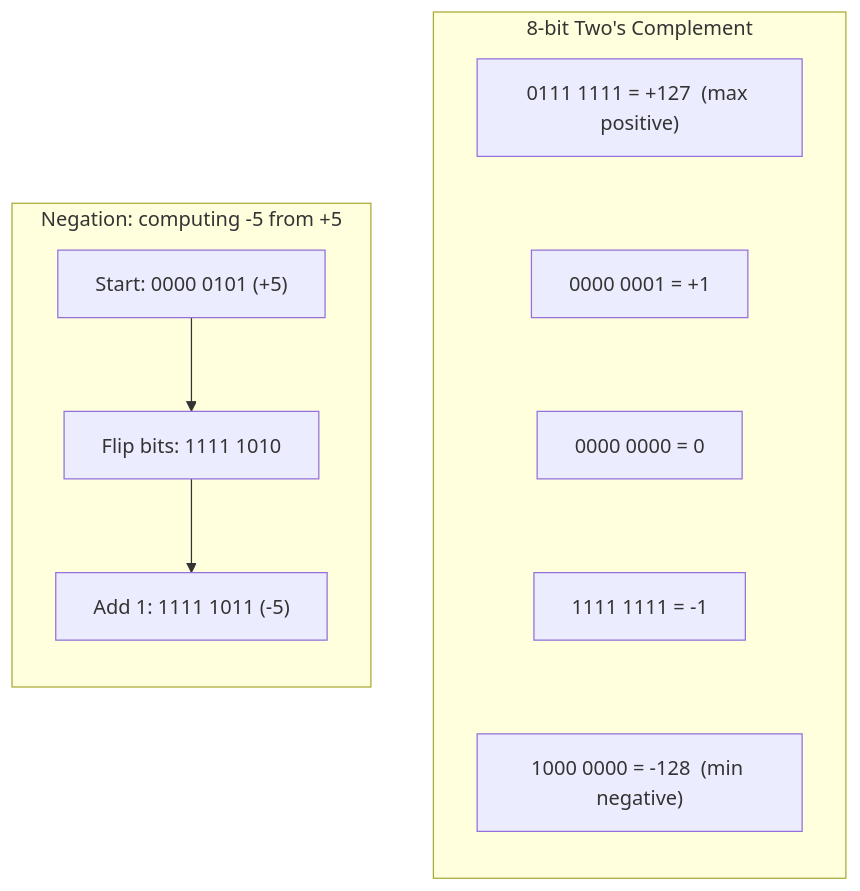
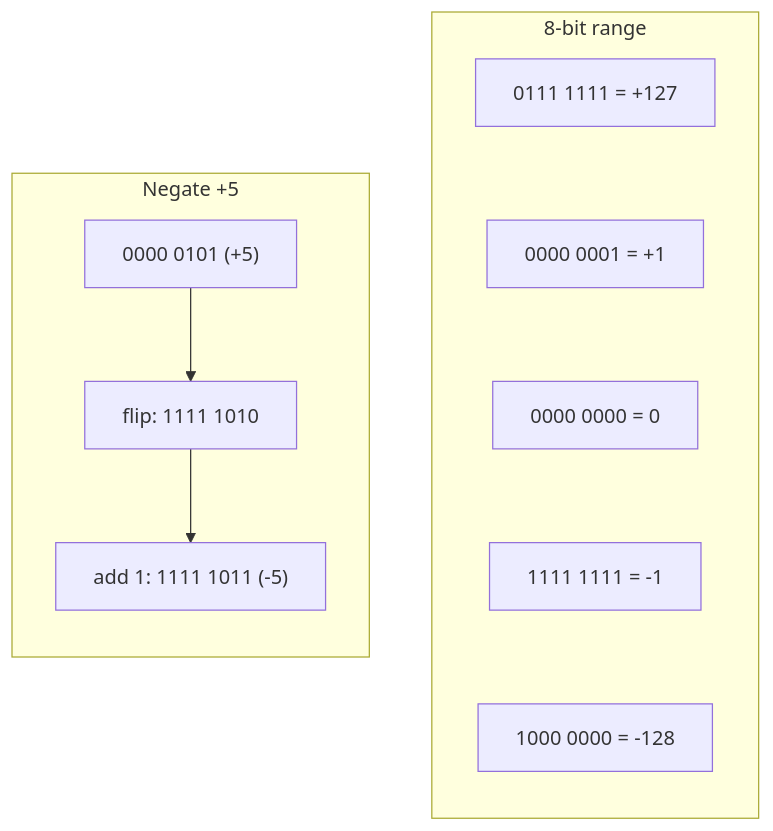
The first of 3 diagrams in content/07_Data_Structures_and_Algorithms/10_Bit_Manipulation/concepts.md (amendez13/swe-study-guide), drawn with Mermaid before and after one commit. The commit also changed other lines of this file and 2 other files, not shown here.

First line of the commit message:
docs(dsa): bit manipulation — short titles, new concepts, More practice, 16 original drills

````diff
--- a/content/07_Data_Structures_and_Algorithms/10_Bit_Manipulation/concepts.md
+++ b/content/07_Data_Structures_and_Algorithms/10_Bit_Manipulation/concepts.md
@@ -41,20 +48,20 @@
 ```mermaid
 flowchart TD
-    subgraph "8-bit Two's Complement"
+    subgraph "8-bit range"
         direction TB
-        R1["0111 1111 = +127  (max positive)"]
+        R1["0111 1111 = +127"]
         R2["0000 0001 = +1"]
-        R3["0000 0000 =  0"]
+        R3["0000 0000 = 0"]
         R4["1111 1111 = -1"]
-        R5["1000 0000 = -128  (min negative)"]
+        R5["1000 0000 = -128"]
     end
     R1 ~~~ R2 ~~~ R3 ~~~ R4 ~~~ R5
 
-    subgraph "Negation: computing -5 from +5"
+    subgraph "Negate +5"
         direction TB
-        S1["Start:    0000 0101  (+5)"]
-        S2["Flip bits: 1111 1010"]
-        S3["Add 1:    1111 1011  (-5)"]
+        S1["0000 0101 (+5)"]
+        S2["flip: 1111 1010"]
+        S3["add 1: 1111 1011 (-5)"]
         S1 --> S2 --> S3
     end
 ```
````
